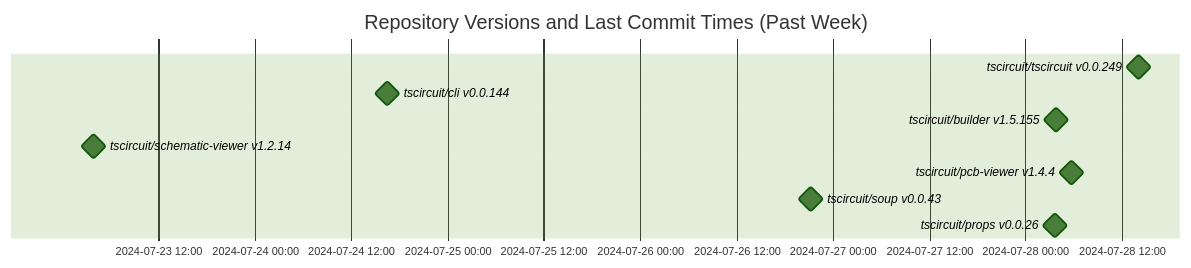
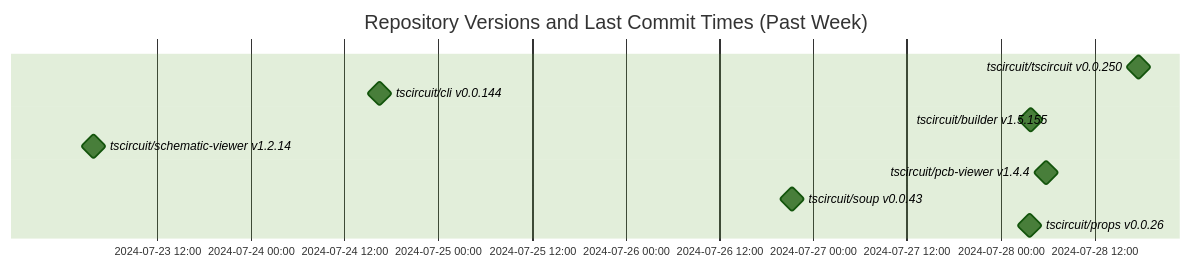
Before and after one commit to tscircuit/version-tracker: the diagram in README.md, drawn with Mermaid (forest theme).

Commit message:
Update chart

````diff
--- a/README.md
+++ b/README.md
@@ -1,14 +1,14 @@
 ```mermaid
 gantt
   dateFormat  YYYY-MM-DD HH:mm:ss
   title Repository Versions and Last Commit Times (Past Week)
   axisFormat %Y-%m-%d %H:%M
 
-  tscircuit/tscircuit v0.0.249 : milestone, 2024-07-28 14:07:06, 1s
+  tscircuit/tscircuit v0.0.250 : milestone, 2024-07-28 17:40:14, 1s
   tscircuit/cli v0.0.144 : milestone, 2024-07-24 16:24:13, 1s
   tscircuit/builder v1.5.155 : milestone, 2024-07-28 03:53:14, 1s
   tscircuit/schematic-viewer v1.2.14 : milestone, 2024-07-23 03:50:56, 1s
   tscircuit/pcb-viewer v1.4.4 : milestone, 2024-07-28 05:46:25, 1s
   tscircuit/soup v0.0.43 : milestone, 2024-07-26 21:15:18, 1s
   tscircuit/props v0.0.26 : milestone, 2024-07-28 03:42:14, 1s
 ```
````
